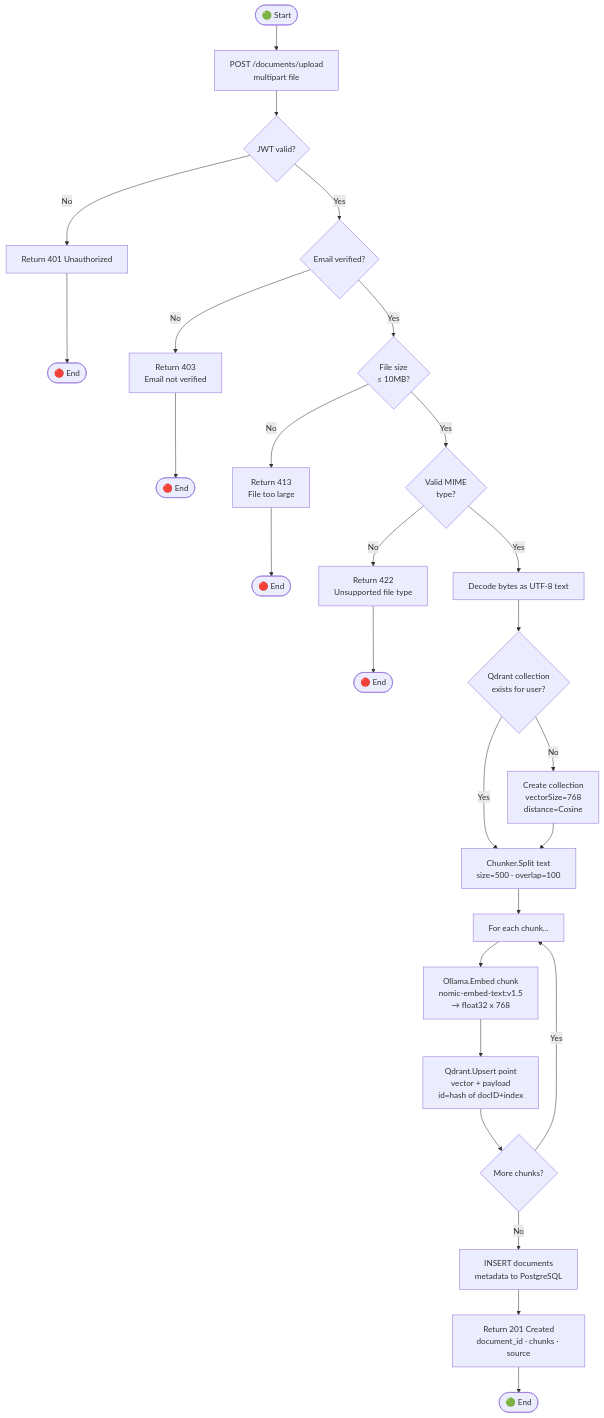
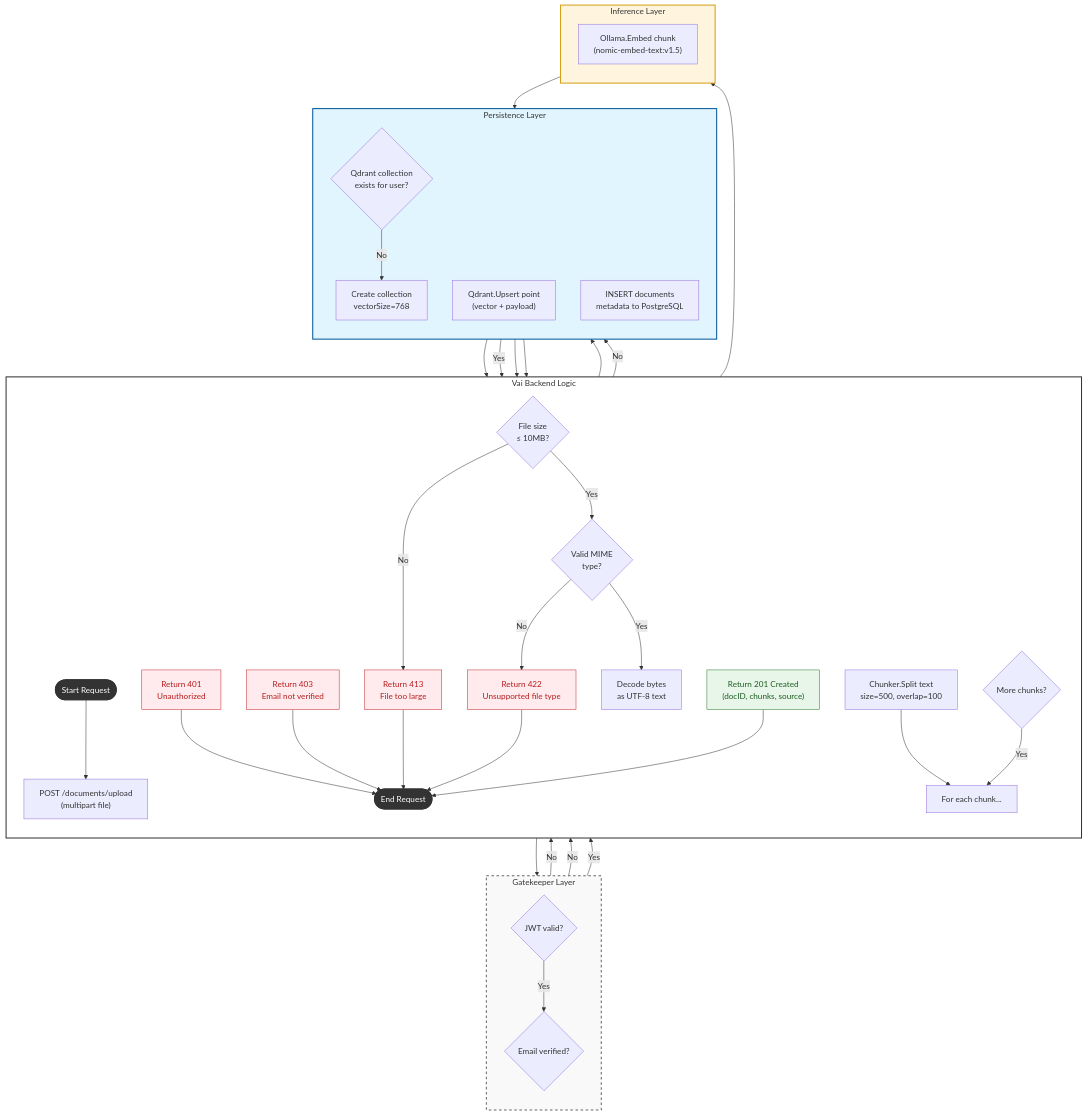
The fifth of 9 diagrams in docs/diagrams/Activity_Diagrams.md (ABDELRAHMAN-ELRAYES/Vai), drawn with Mermaid before and after one commit. The commit also changed 3 other files, not shown here.

Commit message:
Doc: Some updates on the file ingestion diagrams

````diff
--- a/docs/diagrams/Activity_Diagrams.md
+++ b/docs/diagrams/Activity_Diagrams.md
@@ -132,34 +132,106 @@
 ```mermaid
 flowchart TD
-    Start([🟢 Start]) --> A[POST /documents/upload\nmultipart file]
-    A --> B{JWT valid?}
-    B -->|No| C[Return 401 Unauthorized]
-    C --> End1([🔴 End])
+    %% --- Architectural Boundaries ---
+    subgraph Middleware [Gatekeeper Layer]
+        direction TB
+        B{"JWT valid?"}
+        D{"Email verified?"}
+    end
 
-    B -->|Yes| D{Email verified?}
-    D -->|No| E[Return 403\nEmail not verified]
-    E --> End2([🔴 End])
+    subgraph App [Vai Backend Logic]
+        direction TB
+        Start([Start Request])
+        A["POST /documents/upload<br>(multipart file)"]
+        
+        %% Validations
+        F{"File size<br>≤ 10MB?"}
+        H{"Valid MIME<br>type?"}
+        J["Decode bytes<br>as UTF-8 text"]
+        
+        %% Processing Loop
+        M["Chunker.Split text<br>size=500, overlap=100"]
+        N["For each chunk..."]
+        Q{"More chunks?"}
+        
+        %% Returns
+        C["Return 401<br>Unauthorized"]
+        E["Return 403<br>Email not verified"]
+        G["Return 413<br>File too large"]
+        I["Return 422<br>Unsupported file type"]
+        S["Return 201 Created<br>(docID, chunks, source)"]
+        
+        End([End Request])
+    end
 
-    D -->|Yes| F{File size\n≤ 10MB?}
-    F -->|No| G[Return 413\nFile too large]
-    G --> End3([🔴 End])
+    subgraph Data [Persistence Layer]
+        direction TB
+        K{"Qdrant collection<br>exists for user?"}
+        L["Create collection<br>vectorSize=768"]
+        P["Qdrant.Upsert point<br>(vector + payload)"]
+        R["INSERT documents<br>metadata to PostgreSQL"]
+    end
 
-    F -->|Yes| H{Valid MIME\ntype?}
-    H -->|No| I[Return 422\nUnsupported file type]
-    I --> End4([🔴 End])
+    subgraph AI [Inference Layer]
+        direction TB
+        O["Ollama.Embed chunk<br>(nomic-embed-text:v1.5)"]
+    end
 
-    H -->|Yes| J[Decode bytes as UTF-8 text]
-    J --> K{Qdrant collection\nexists for user?}
-    K -->|No| L[Create collection\nvectorSize=768\ndistance=Cosine]
+    %% --- CONTROL FLOW ---
+    
+    Start --> A
+    A --> B
+    
+    %% Auth Check
+    B -->|No| C
+    C --> End
+    B -->|Yes| D
+    
+    %% Email Check
+    D -->|No| E
+    E --> End
+    D -->|Yes| F
+    
+    %% Size Check
+    F -->|No| G
+    G --> End
+    F -->|Yes| H
+    
+    %% MIME Check
+    H -->|No| I
+    I --> End
+    H -->|Yes| J
+    
+    %% Qdrant Init
+    J --> K
+    K -->|No| L
+    L --> M
     K -->|Yes| M
+    
+    %% Chunking & Embedding Loop
+    M --> N
+    N --> O
+    O --> P
+    P --> Q
+    Q -->|Yes| N
+    
+    %% Final DB Insert
+    Q -->|No| R
+    R --> S
+    S --> End
 
-    L --> M[Chunker.Split text\nsize=500 · overlap=100]
-    M --> N[For each chunk...]
-    N --> O[Ollama.Embed chunk\nnomic-embed-text:v1.5\n→ float32 x 768]
-    O --> P[Qdrant.Upsert point\nvector + payload\nid=hash of docID+index]
-    P --> Q{More chunks?}
-    Q -->|Yes| N
-    Q -->|No| R[INSERT documents\nmetadata to PostgreSQL]
-    R --> S[Return 201 Created\ndocument_id · chunks · source]
-    S --> End5([🟢 End])
+    %% --- STYLING ---
+    style Middleware fill:#f9f9f9,stroke:#666,stroke-width:2px,stroke-dasharray: 5 5
+    style App fill:#ffffff,stroke:#333,stroke-width:2px
+    style Data fill:#e1f5fe,stroke:#01579b,stroke-width:2px
+    style AI fill:#fff4dd,stroke:#d4a017,stroke-width:2px
+
+    %% Node-specific semantic styling
+    classDef terminal fill:#333,stroke:#333,stroke-width:2px,color:#fff
+    class Start,End terminal
+    
+    classDef error fill:#ffebee,stroke:#c62828,stroke-width:1px,color:#b71c1c
+    class C,E,G,I error
+    
+    classDef success fill:#e8f5e9,stroke:#2e7d32,stroke-width:1px,color:#1b5e20
+    class S success
 ```
````
